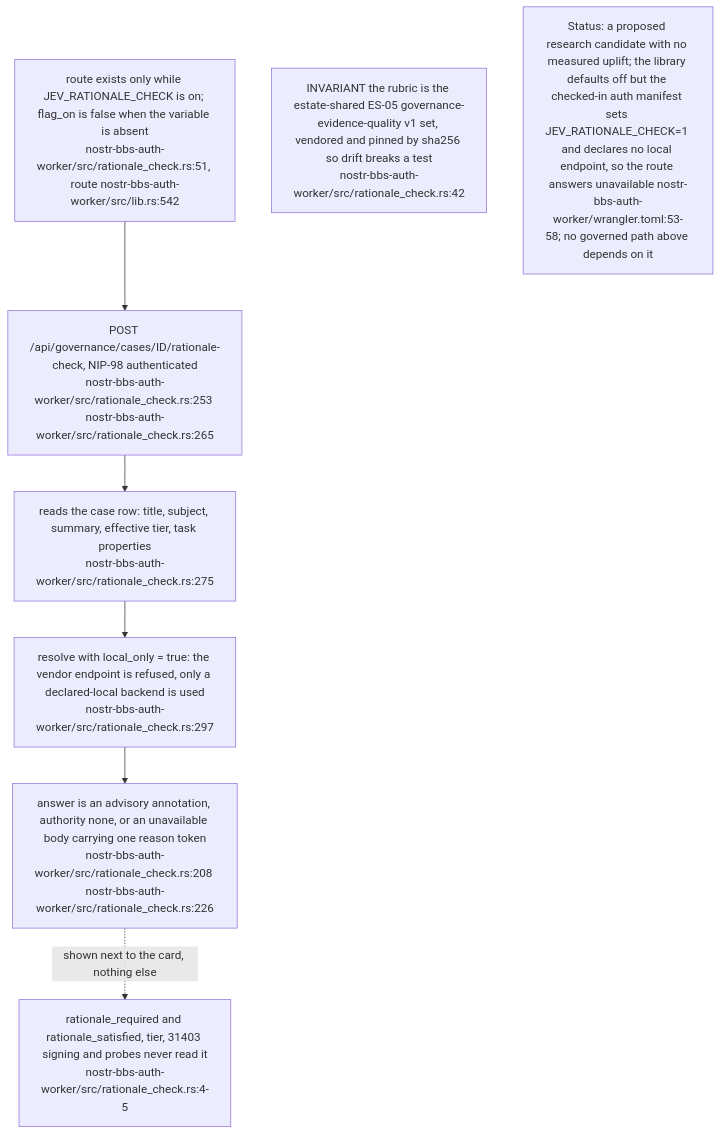
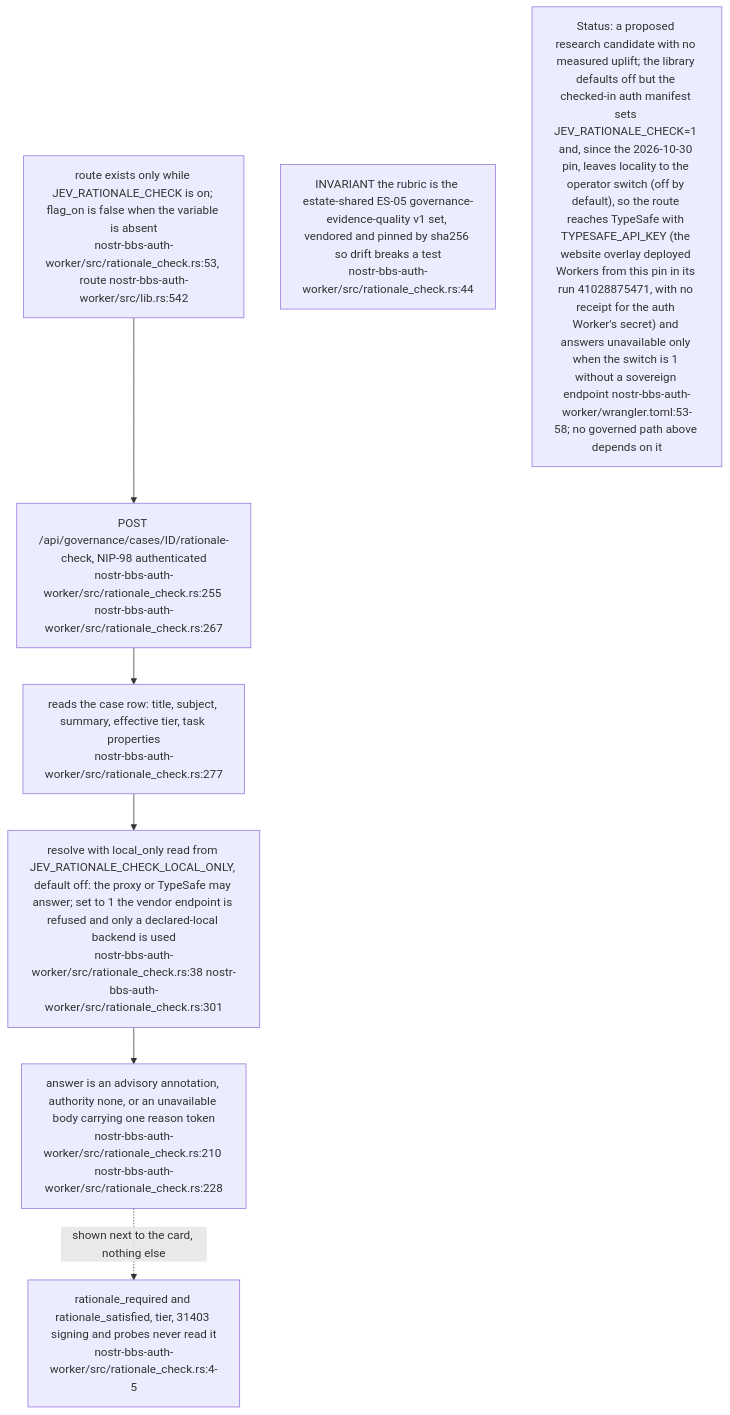
Diagram 17 of 17 in docs/diagrams/nostr-rust-forum/06-agent-control-surface-31400-31405.md (DreamLab-AI/VisionFlow), drawn with Mermaid before and after one commit. The commit also changed other lines of this file and 142 other files, not shown here.

First line of the commit message:
docs(diagrams): one System One route; re-verify 140 topics at today's heads

````diff
--- a/docs/diagrams/nostr-rust-forum/06-agent-control-surface-31400-31405.md
+++ b/docs/diagrams/nostr-rust-forum/06-agent-control-surface-31400-31405.md
@@ -477,15 +477,15 @@
 ```mermaid
 flowchart TB
-    FLAG["route exists only while JEV_RATIONALE_CHECK is on; flag_on is false when the variable is absent<br/>nostr-bbs-auth-worker/src/rationale_check.rs:51, route nostr-bbs-auth-worker/src/lib.rs:542"]
-    ROUTE["POST /api/governance/cases/ID/rationale-check, NIP-98 authenticated<br/>nostr-bbs-auth-worker/src/rationale_check.rs:253 nostr-bbs-auth-worker/src/rationale_check.rs:265"]
-    ROW["reads the case row: title, subject, summary, effective tier, task properties<br/>nostr-bbs-auth-worker/src/rationale_check.rs:275"]
-    LOCAL["resolve with local_only = true: the vendor endpoint is refused, only a declared-local backend is used<br/>nostr-bbs-auth-worker/src/rationale_check.rs:297"]
-    ADV["answer is an advisory annotation, authority none, or an unavailable body carrying one reason token<br/>nostr-bbs-auth-worker/src/rationale_check.rs:208 nostr-bbs-auth-worker/src/rationale_check.rs:226"]
+    FLAG["route exists only while JEV_RATIONALE_CHECK is on; flag_on is false when the variable is absent<br/>nostr-bbs-auth-worker/src/rationale_check.rs:53, route nostr-bbs-auth-worker/src/lib.rs:542"]
+    ROUTE["POST /api/governance/cases/ID/rationale-check, NIP-98 authenticated<br/>nostr-bbs-auth-worker/src/rationale_check.rs:255 nostr-bbs-auth-worker/src/rationale_check.rs:267"]
+    ROW["reads the case row: title, subject, summary, effective tier, task properties<br/>nostr-bbs-auth-worker/src/rationale_check.rs:277"]
+    LOCAL["resolve with local_only read from JEV_RATIONALE_CHECK_LOCAL_ONLY, default off: the proxy or TypeSafe may answer; set to 1 the vendor endpoint is refused and only a declared-local backend is used<br/>nostr-bbs-auth-worker/src/rationale_check.rs:38 nostr-bbs-auth-worker/src/rationale_check.rs:301"]
+    ADV["answer is an advisory annotation, authority none, or an unavailable body carrying one reason token<br/>nostr-bbs-auth-worker/src/rationale_check.rs:210 nostr-bbs-auth-worker/src/rationale_check.rs:228"]
     GATE["rationale_required and rationale_satisfied, tier, 31403 signing and probes never read it<br/>nostr-bbs-auth-worker/src/rationale_check.rs:4-5"]
 
     FLAG --> ROUTE --> ROW --> LOCAL --> ADV
     ADV -.->|"shown next to the card, nothing else"| GATE
 
-    N1["INVARIANT the rubric is the estate-shared ES-05 governance-evidence-quality v1 set, vendored and pinned by sha256 so drift breaks a test<br/>nostr-bbs-auth-worker/src/rationale_check.rs:42"]
-    N2["Status: a proposed research candidate with no measured uplift; the library defaults off but the checked-in auth manifest sets JEV_RATIONALE_CHECK=1 and declares no local endpoint, so the route answers unavailable nostr-bbs-auth-worker/wrangler.toml:53-58; no governed path above depends on it"]
+    N1["INVARIANT the rubric is the estate-shared ES-05 governance-evidence-quality v1 set, vendored and pinned by sha256 so drift breaks a test<br/>nostr-bbs-auth-worker/src/rationale_check.rs:44"]
+    N2["Status: a proposed research candidate with no measured uplift; the library defaults off but the checked-in auth manifest sets JEV_RATIONALE_CHECK=1 and, since the 2026-10-30 pin, leaves locality to the operator switch (off by default), so the route reaches TypeSafe with TYPESAFE_API_KEY (the website overlay deployed Workers from this pin in its run 41028875471, with no receipt for the auth Worker's secret) and answers unavailable only when the switch is 1 without a sovereign endpoint nostr-bbs-auth-worker/wrangler.toml:53-58; no governed path above depends on it"]
 ```
````
